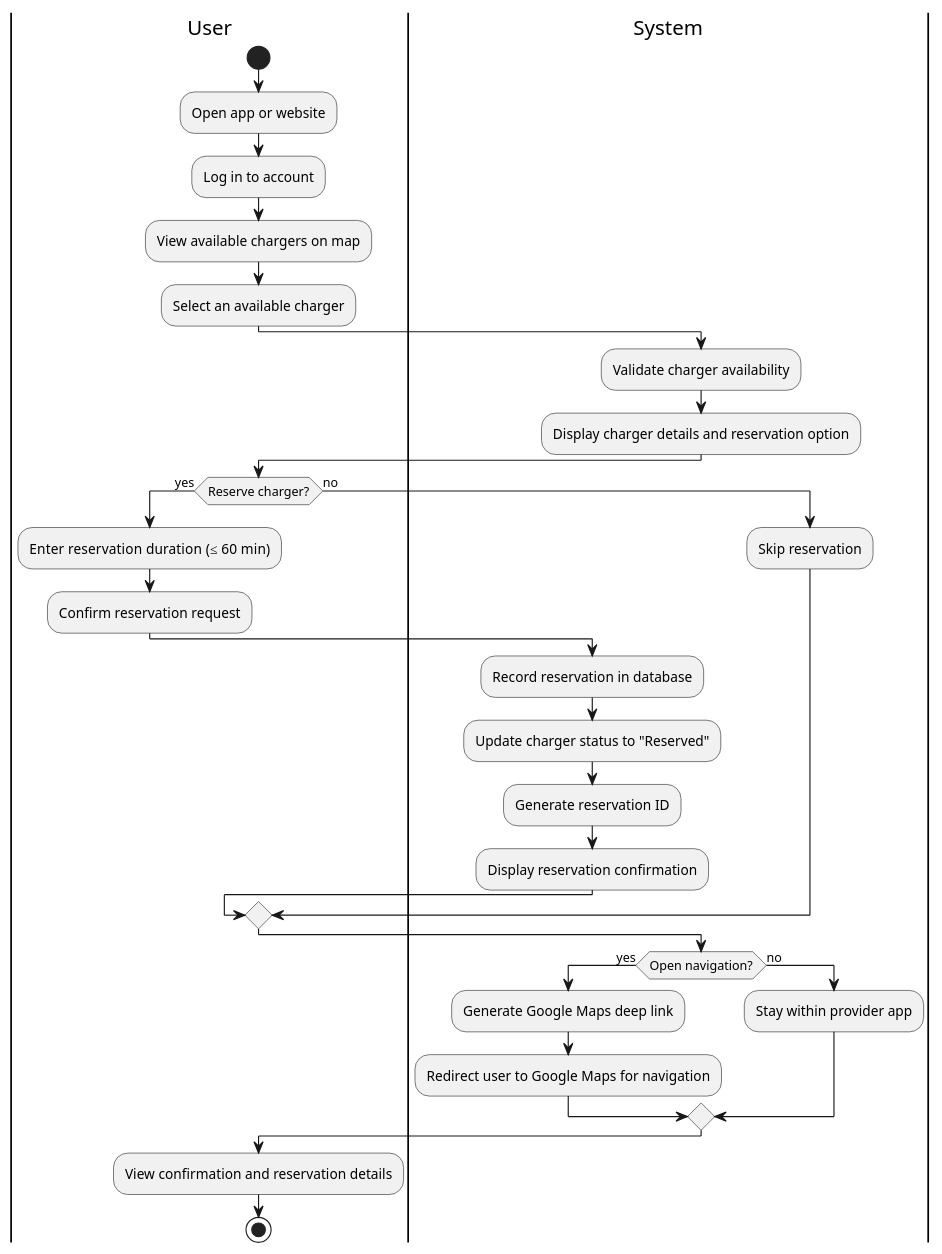
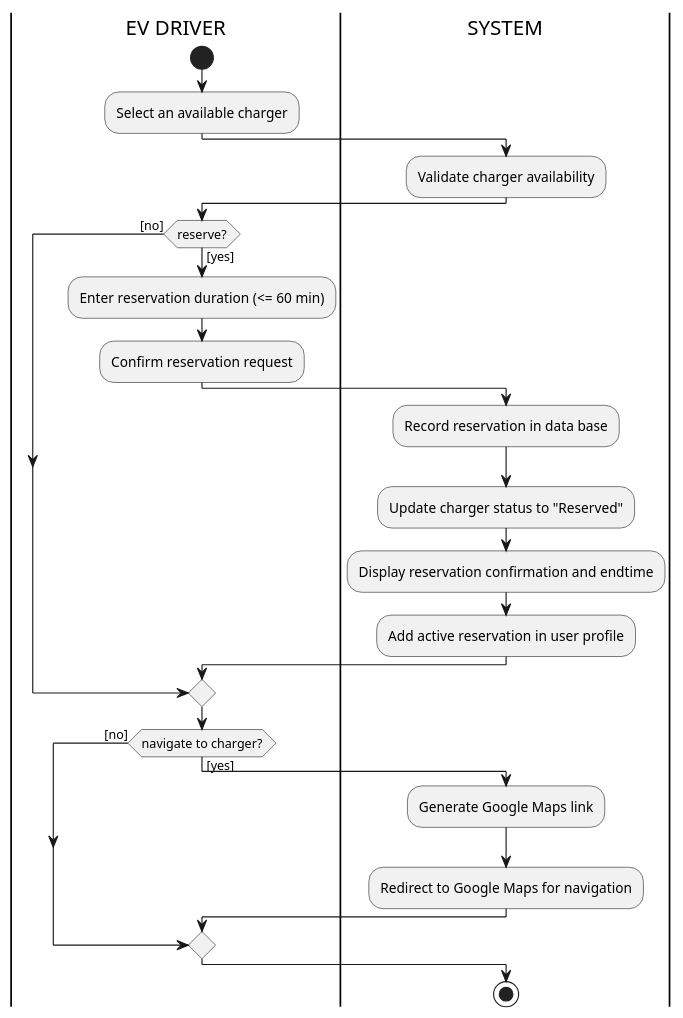
The eighth of 11 diagrams in documentation/srs.md (LedgerGhost/WattApp), drawn with PlantUML before and after one commit. The commit also changed other lines of this file, not shown here.

Commit message:
update srs (reservation use case)

````diff
--- a/documentation/srs.md
+++ b/documentation/srs.md
@@ -798,40 +798,35 @@
 ```plantuml
 @startuml
-|User|
+|EV DRIVER|
 start
-:Open app or website;
-:Log in to account;
-:View available chargers on map;
 :Select an available charger;
 
-|System|
+|SYSTEM|
 :Validate charger availability;
-:Display charger details and reservation option;
 
-|User|
-if (Reserve charger?) then (yes)
-  :Enter reservation duration (≤ 60 min);
+|EV DRIVER|
+if (reserve?) then ([yes])
+  :Enter reservation duration (<= 60 min);
   :Confirm reservation request;
 
-  |System|
-  :Record reservation in database;
+  |SYSTEM|
+  :Record reservation in data base;
   :Update charger status to "Reserved";
-  :Generate reservation ID;
-  :Display reservation confirmation;
-else (no)
-  :Skip reservation;
+  :Display reservation confirmation and endtime;
+  :Add active reservation in user profile;
+
+  |EV DRIVER|
+else ([no])
 endif
 
-if (Open navigation?) then (yes)
-  |System|
-  :Generate Google Maps deep link;
-  :Redirect user to Google Maps for navigation;
-else (no)
-  :Stay within provider app;
+|EV DRIVER|
+if (navigate to charger?) then ([yes])
+  |SYSTEM|
+  :Generate Google Maps link;
+  :Redirect to Google Maps for navigation;
+else ([no])
 endif
 
-|User|
-:View confirmation and reservation details;
 stop
 @enduml
 ```
````
